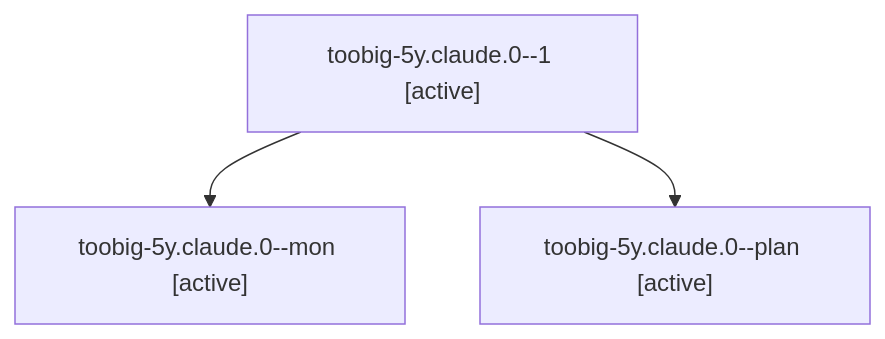
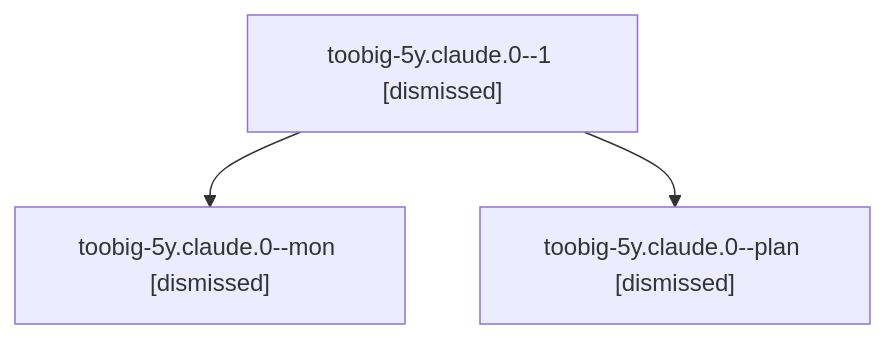
One commit to sase-org/sase--agents changed the diagram in sessions/bbugyi200.athena.toobig-5y.claude.0.md. Above: the diagram before and after it, drawn with Mermaid. The commit also changed other lines of this file and 73 other files, not shown here.

````diff
--- a/sessions/bbugyi200.athena.toobig-5y.claude.0.md
+++ b/sessions/bbugyi200.athena.toobig-5y.claude.0.md
@@ -9,8 +9,8 @@
 ```mermaid
 flowchart TD
-  n0["toobig-5y.claude.0--1 [active]"]
-  n1["toobig-5y.claude.0--mon [active]"]
+  n0["toobig-5y.claude.0--1 [dismissed]"]
+  n1["toobig-5y.claude.0--mon [dismissed]"]
   n0 --> n1
-  n2["toobig-5y.claude.0--plan [active]"]
+  n2["toobig-5y.claude.0--plan [dismissed]"]
   n0 --> n2
 ```
````
